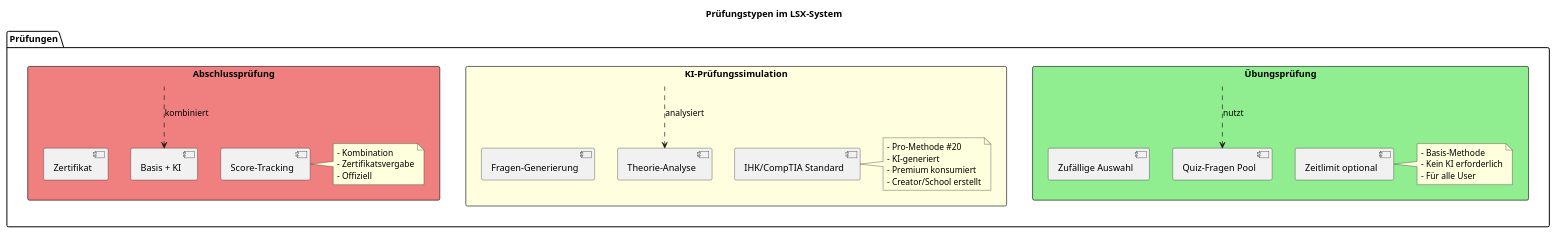
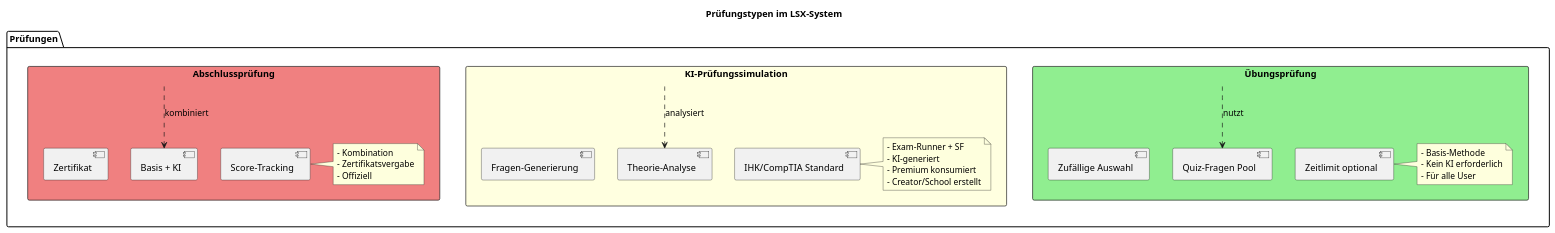
One commit to flokflok1/lernseite changed the ninth of 17 diagrams in LernsystemX-Doku/01_Core/04_Kurs-Architektur.md. Above: the diagram before and after it, drawn with PlantUML. The commit also changed other lines of this file and 74 other files, not shown here.

Commit message:
docs: align architecture (LM vs SF vs Runner) + panel migration

````diff
--- a/LernsystemX-Doku/01_Core/04_Kurs-Architektur.md
+++ b/LernsystemX-Doku/01_Core/04_Kurs-Architektur.md
@@ -699,50 +699,50 @@
 ```plantuml
 @startuml
 title Prüfungstypen im LSX-System
 
 package "Prüfungen" {
 
   rectangle "Übungsprüfung" #LightGreen {
     [Quiz-Fragen Pool]
     [Zufällige Auswahl]
     [Zeitlimit optional]
 
     note right
       - Basis-Methode
       - Kein KI erforderlich
       - Für alle User
     end note
   }
 
   rectangle "KI-Prüfungssimulation" #LightYellow {
     [Theorie-Analyse]
     [Fragen-Generierung]
     [IHK/CompTIA Standard]
 
     note right
-      - Pro-Methode #20
+      - Exam-Runner + SF
       - KI-generiert
       - Premium konsumiert
       - Creator/School erstellt
     end note
   }
 
   rectangle "Abschlussprüfung" #LightCoral {
     [Basis + KI]
     [Zertifikat]
     [Score-Tracking]
 
     note right
       - Kombination
       - Zertifikatsvergabe
       - Offiziell
     end note
   }
 }
 
 [Übungsprüfung] ..> [Quiz-Fragen Pool] : nutzt
 [KI-Prüfungssimulation] ..> [Theorie-Analyse] : analysiert
 [Abschlussprüfung] ..> [Basis + KI] : kombiniert
 
 @enduml
 ```
````
